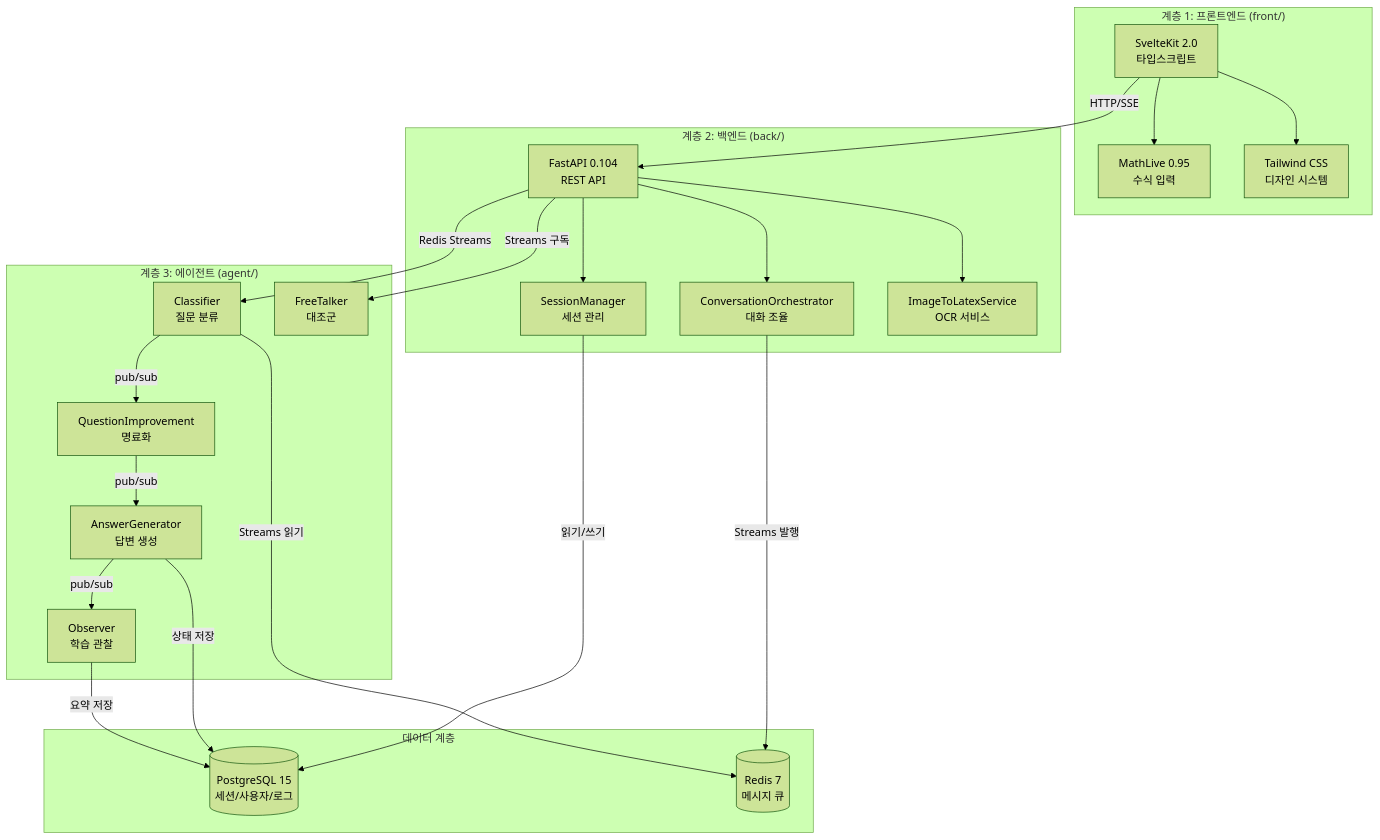
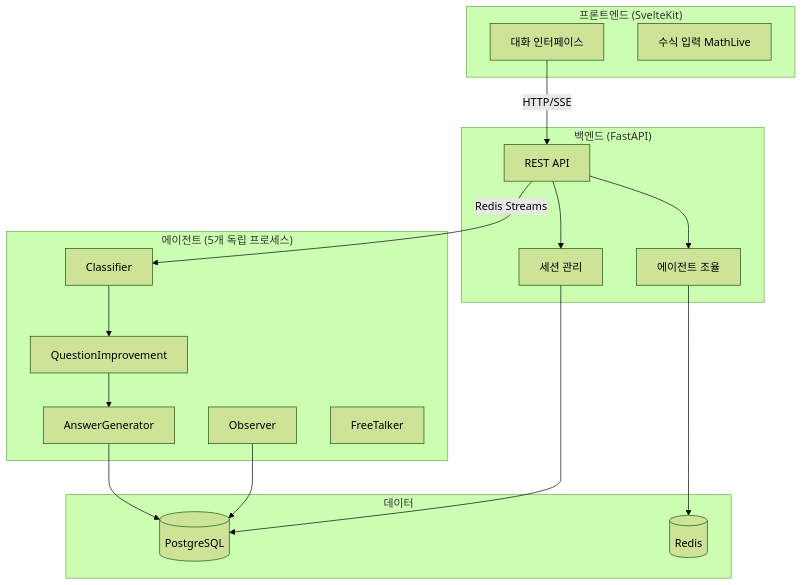
Before and after one commit to KimKyuBong/maice-paper-deploy: the first of 16 diagrams in docs/chapters/04-system-implementation.md, drawn with Mermaid (forest theme). The commit also changed other lines of this file and 19 other files, not shown here.

````diff
--- a/docs/chapters/04-system-implementation.md
+++ b/docs/chapters/04-system-implementation.md
@@ -14,46 +30,34 @@
 ```mermaid
 graph TB
-    subgraph "계층 1: 프론트엔드 (front/)"
-        A[SvelteKit 2.0<br/>타입스크립트]
-        B[MathLive 0.95<br/>수식 입력]
-        C[Tailwind CSS<br/>디자인 시스템]
-        A --> B
-        A --> C
+    subgraph "프론트엔드 (SvelteKit)"
+        A[대화 인터페이스]
+        B[수식 입력 MathLive]
     end
     
-    subgraph "계층 2: 백엔드 (back/)"
-        D[FastAPI 0.104<br/>REST API]
-        E[SessionManager<br/>세션 관리]
-        F[ConversationOrchestrator<br/>대화 조율]
-        G[ImageToLatexService<br/>OCR 서비스]
-        D --> E
-        D --> F
-        D --> G
+    subgraph "백엔드 (FastAPI)"
+        C[REST API]
+        D[세션 관리]
+        E[에이전트 조율]
     end
     
-    subgraph "계층 3: 에이전트 (agent/)"
-        H[Classifier<br/>질문 분류]
-        I[QuestionImprovement<br/>명료화]
-        J[AnswerGenerator<br/>답변 생성]
-        K[Observer<br/>학습 관찰]
-        L[FreeTalker<br/>대조군]
+    subgraph "에이전트 (5개 독립 프로세스)"
+        F[Classifier]
+        G[QuestionImprovement]
+        H[AnswerGenerator]
+        I[Observer]
+        J[FreeTalker]
     end
     
-    subgraph "데이터 계층"
-        M[(PostgreSQL 15<br/>세션/사용자/로그)]
-        N[(Redis 7<br/>메시지 큐)]
+    subgraph "데이터"
+        K[(PostgreSQL)]
+        L[(Redis)]
     end
     
-    A -->|HTTP/SSE| D
-    D -->|Redis Streams| H
-    H -->|pub/sub| I
-    I -->|pub/sub| J
-    J -->|pub/sub| K
-    D -->|Streams 구독| L
-    
-    E -->|읽기/쓰기| M
-    F -->|Streams 발행| N
-    H -->|Streams 읽기| N
-    J -->|상태 저장| M
-    K -->|요약 저장| M
+    A -->|HTTP/SSE| C
+    C -->|Redis Streams| F
+    F --> G --> H
+    C --> D --> K
+    C --> E --> L
+    H --> K
+    I --> K
 ```
````
